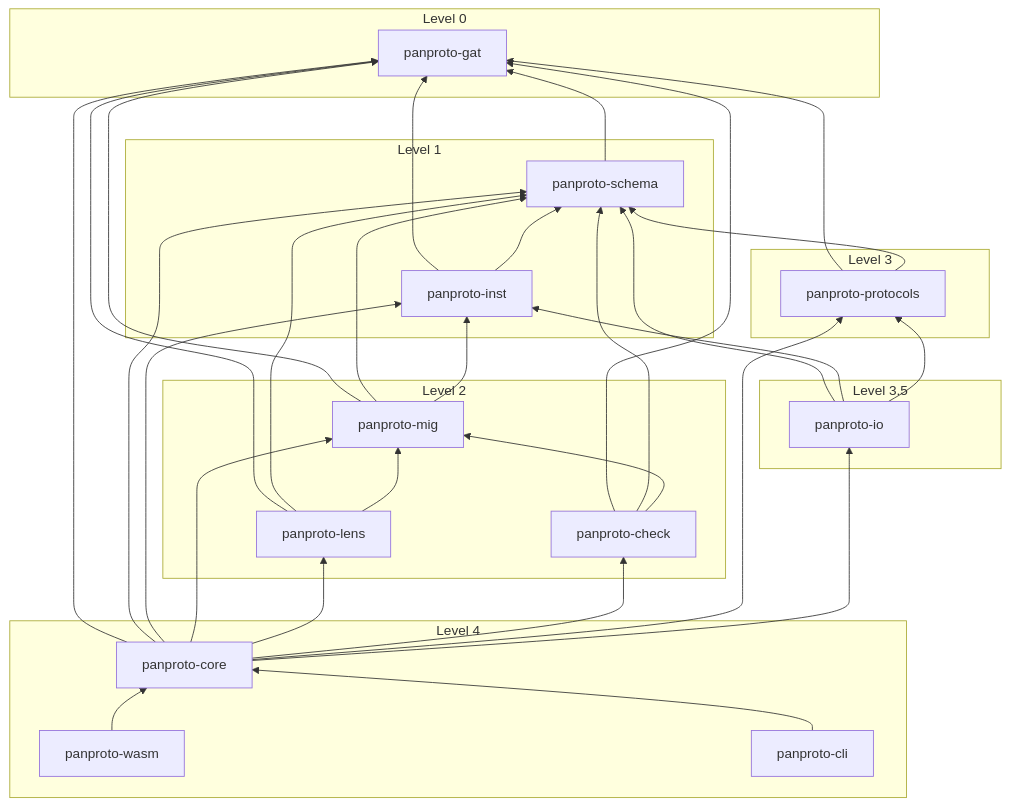
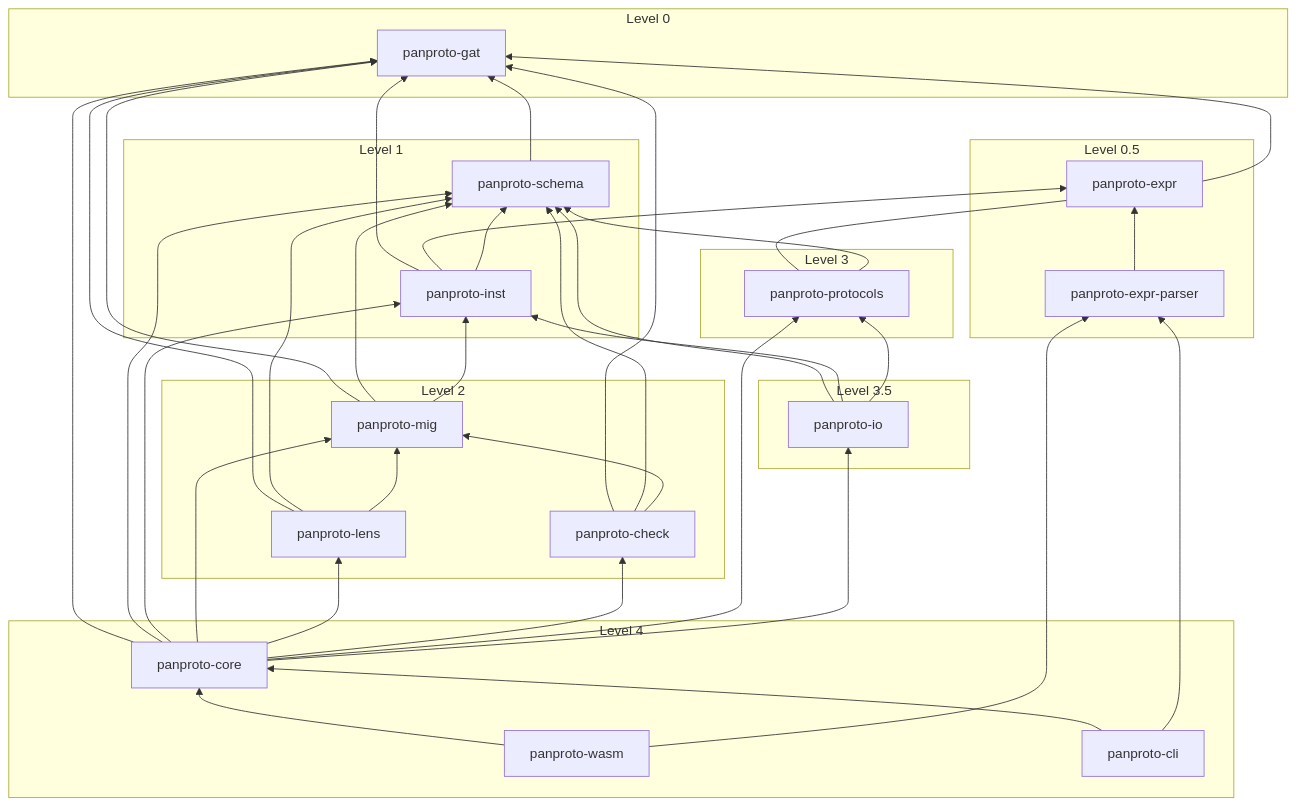
Before and after one commit to panproto/panproto: the first of 2 diagrams in dev-guide/chapters/05-architecture-overview.qmd, drawn with Mermaid. The commit also changed other lines of this file and 3 other files, not shown here.

````diff
--- a/dev-guide/chapters/05-architecture-overview.qmd
+++ b/dev-guide/chapters/05-architecture-overview.qmd
@@ -41,56 +43,64 @@
 ```{mermaid}
 %%| label: fig-crate-dag
 %%| fig-cap: "Crate dependency graph. Arrows point from dependant to dependency."
 graph BT
     subgraph Level 0
         gat["panproto-gat"]
+    end
+    subgraph "Level 0.5"
+        expr["panproto-expr"]
+        expr-parser["panproto-expr-parser"]
     end
     subgraph Level 1
         schema["panproto-schema"]
         inst["panproto-inst"]
     end
     subgraph Level 2
         mig["panproto-mig"]
         lens["panproto-lens"]
         check["panproto-check"]
     end
     subgraph Level 3
         protocols["panproto-protocols"]
     end
     subgraph "Level 3.5"
         io["panproto-io"]
     end
     subgraph Level 4
         core["panproto-core"]
         wasm["panproto-wasm"]
         cli["panproto-cli"]
     end
 
+    expr-parser --> expr
     schema --> gat
     inst --> gat
+    inst --> expr
     inst --> schema
     mig --> gat
     mig --> schema
     mig --> inst
     lens --> gat
     lens --> schema
     lens --> mig
     check --> gat
     check --> schema
     check --> mig
     protocols --> gat
     protocols --> schema
     io --> schema
     io --> inst
     io --> protocols
     core --> gat
     core --> schema
     core --> inst
     core --> mig
     core --> lens
     core --> check
     core --> protocols
     core --> io
     wasm --> core
+    wasm --> expr-parser
     cli --> core
+    cli --> expr-parser
 ```
````
